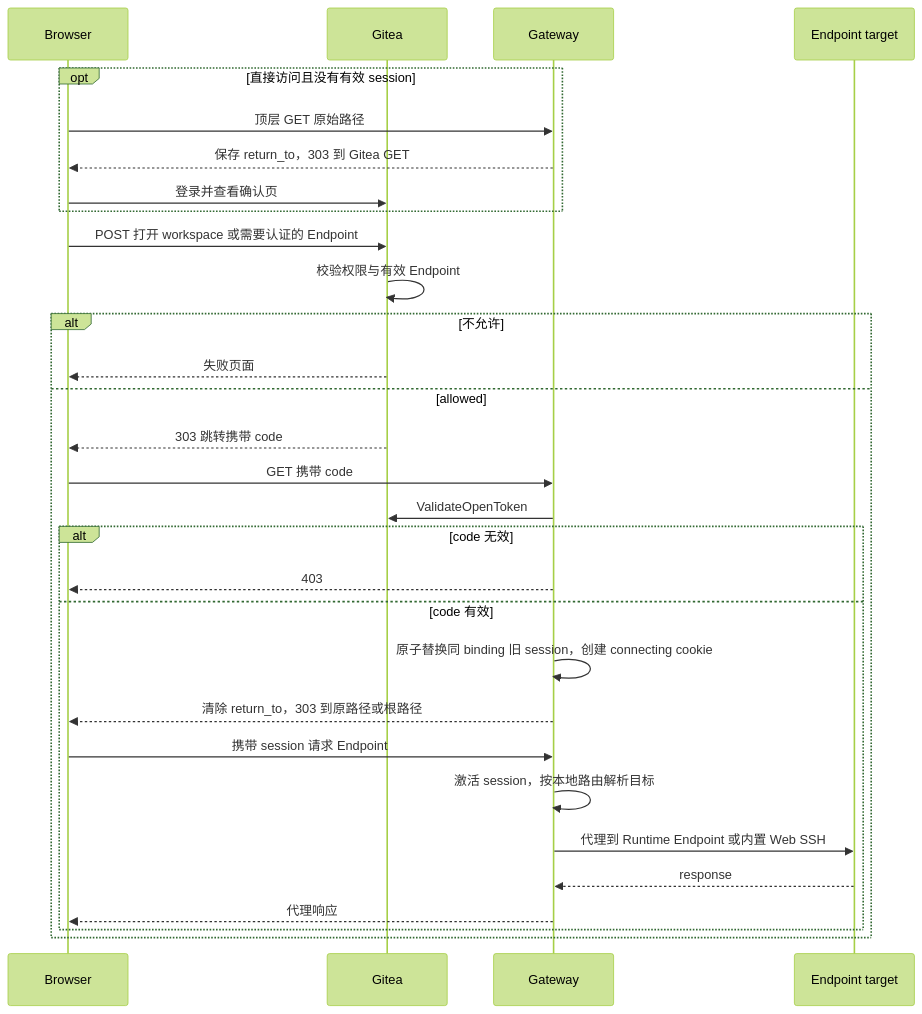
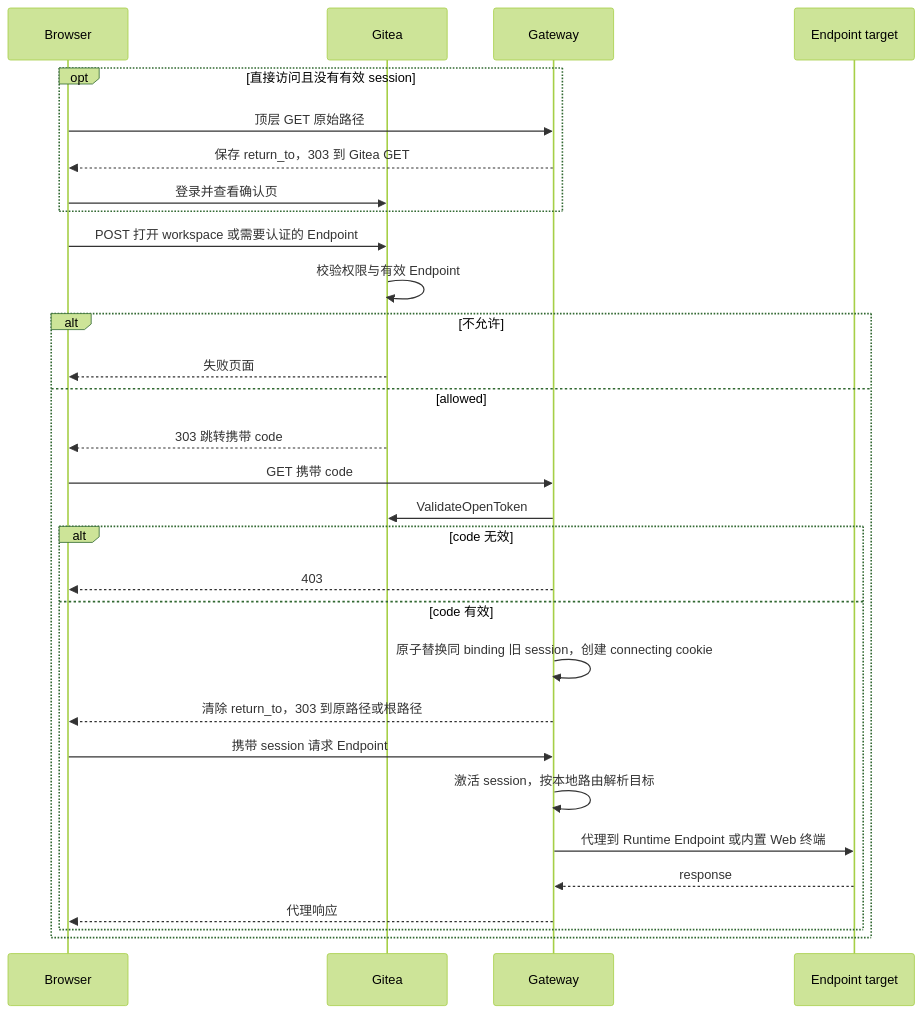
Before and after one commit to ExplodingDragon/gitea-dev: the second of 4 diagrams in src/manager-gateway.md, drawn with Mermaid (forest theme). The commit also changed other lines of this file and 10 other files, not shown here.

````diff
--- a/src/manager-gateway.md
+++ b/src/manager-gateway.md
@@ -1197,33 +1004,33 @@
 ```mermaid
 sequenceDiagram
     participant U as Browser
     participant G as Gitea
     participant W as Gateway
     participant T as Endpoint target
 
     opt 直接访问且没有有效 session
         U->>W: 顶层 GET 原始路径
         W-->>U: 保存 return_to，303 到 Gitea GET
         U->>G: 登录并查看确认页
     end
     U->>G: POST 打开 workspace 或需要认证的 Endpoint
     G->>G: 校验权限与有效 Endpoint
     alt 不允许
         G-->>U: 失败页面
     else allowed
         G-->>U: 303 跳转携带 code
         U->>W: GET 携带 code
         W->>G: ValidateOpenToken
         alt code 无效
             W-->>U: 403
         else code 有效
             W->>W: 原子替换同 binding 旧 session，创建 connecting cookie
             W-->>U: 清除 return_to，303 到原路径或根路径
             U->>W: 携带 session 请求 Endpoint
             W->>W: 激活 session，按本地路由解析目标
-            W->>T: 代理到 Runtime Endpoint 或内置 Web SSH
+            W->>T: 代理到 Runtime Endpoint 或内置 Web 终端
             T-->>W: response
             W-->>U: 代理响应
         end
     end
 ```
````
